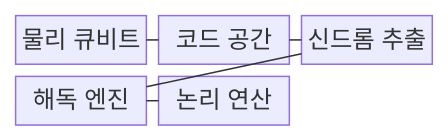
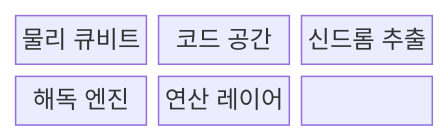
One commit to agnusdei1207/knowledge-base changed the first of 2 diagrams in src/content/docs/notes/08-latest-tech/215_logical_qubit.md. Above: the diagram before and after it, drawn with Mermaid. The commit also changed other lines of this file and 228 other files, not shown here.

````diff
--- a/src/content/docs/notes/08-latest-tech/215_logical_qubit.md
+++ b/src/content/docs/notes/08-latest-tech/215_logical_qubit.md
@@ -50,13 +49,11 @@
 ```mermaid
 block-beta
   columns 3
-  A["물리 큐비트"]
-  B["코드 공간"]
-  C["신드롬 추출"]
-  D["해독 엔진"]
-  E["논리 연산"]
-  A --- B
-  B --- C
-  C --- D
-  D --- E
+  N0["물리 큐비트"]
+  N1["코드 공간"]
+  N2["신드롬 추출"]
+  N3["해독 엔진"]
+  N4["연산 레이어"]
+  N0 --- N1 --- N2
+  N2 --- N3 --- N4
 ```
````
